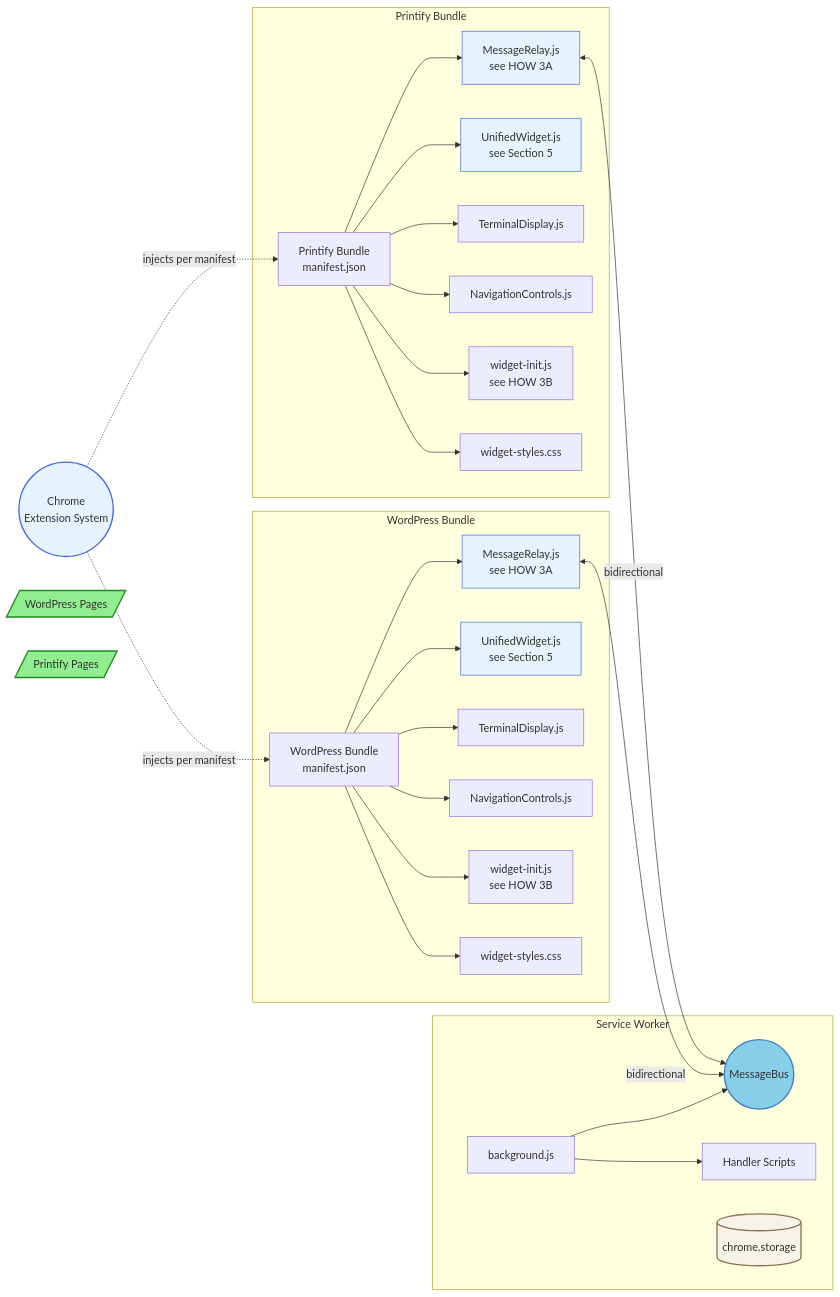
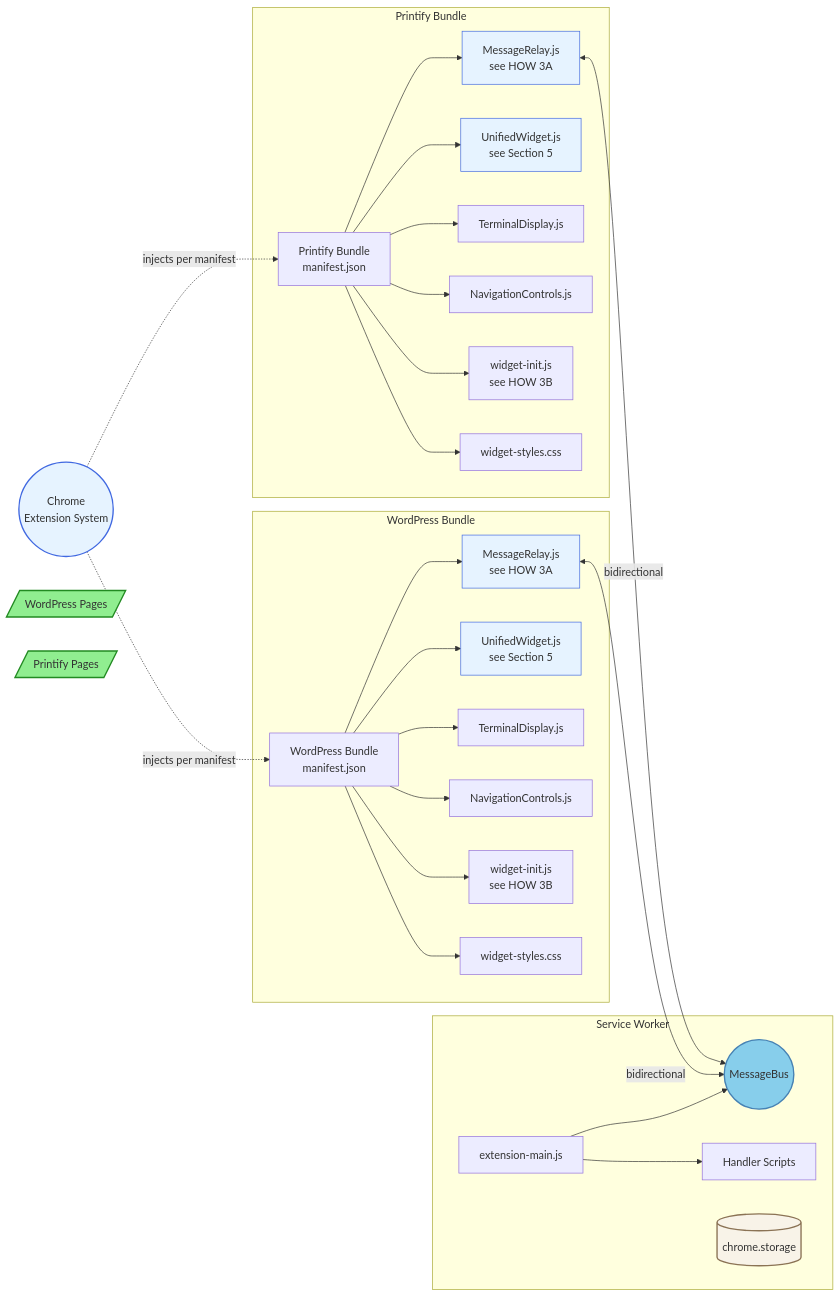
The fourth of 7 diagrams in guidelines/sip-printify-manager-extension-guidelines-v4.md (tdemelle-SiP/.claude), drawn with Mermaid before and after one commit. The commit also changed 1 other file, not shown here.

Commit message:
anatomical refactor phase 1

````diff
--- a/guidelines/sip-printify-manager-extension-guidelines-v4.md
+++ b/guidelines/sip-printify-manager-extension-guidelines-v4.md
@@ -594,53 +594,53 @@
 ```mermaid
 graph LR
   Chrome((Chrome<br/>Extension System))
   
   subgraph "Service Worker"
-    Background[background.js] --> MessageBus((MessageBus))
+    Background[extension-main.js] --> MessageBus((MessageBus))
     Background --> Handlers[Handler Scripts]
     Storage[(chrome.storage)]
   end
   
   subgraph "WordPress Bundle"
     WPBundle[WordPress Bundle<br/>manifest.json]
     WPBundle --> MessageRelay1[MessageRelay.js<br/>see HOW 3A]
     WPBundle --> UnifiedWidget1[UnifiedWidget.js<br/>see Section 5]
     WPBundle --> TerminalDisplay1[TerminalDisplay.js]
     WPBundle --> NavigationControls1[NavigationControls.js]
     WPBundle --> WidgetInit1[widget-init.js<br/>see HOW 3B]
     WPBundle --> WidgetStyles1[widget-styles.css]
   end
   
   subgraph "Printify Bundle"
     PFBundle[Printify Bundle<br/>manifest.json]
     PFBundle --> MessageRelay2[MessageRelay.js<br/>see HOW 3A]
     PFBundle --> UnifiedWidget2[UnifiedWidget.js<br/>see Section 5]
     PFBundle --> TerminalDisplay2[TerminalDisplay.js]
     PFBundle --> NavigationControls2[NavigationControls.js]
     PFBundle --> WidgetInit2[widget-init.js<br/>see HOW 3B]
     PFBundle --> WidgetStyles2[widget-styles.css]
   end
   
   WPPage[/WordPress Pages/]
   PrintifyPage[/Printify Pages/]
   
   MessageRelay1 <-->|bidirectional| MessageBus
   MessageRelay2 <-->|bidirectional| MessageBus
   
   Chrome -.->|injects per manifest| WPBundle
   Chrome -.->|injects per manifest| PFBundle
   
   %% Style definitions
   classDef userFacingStyle fill:#90EE90,stroke:#228B22,stroke-width:2px
   classDef routerStyle fill:#87CEEB,stroke:#4682B4,stroke-width:2px
   classDef scriptStyle fill:#E6F3FF,stroke:#4169E1,stroke-width:1px
   classDef storageStyle fill:#F8F3E8,stroke:#8B7355,stroke-width:2px
   classDef chromeStyle fill:#E6F3FF,stroke:#4169E1,stroke-width:2px
   
   %% Apply styles
   class WPPage,PrintifyPage userFacingStyle
   class MessageBus routerStyle
   class MessageRelay1,MessageRelay2,UnifiedWidget1,UnifiedWidget2 scriptStyle
   class Storage storageStyle
   class Chrome chromeStyle
 ```
````
